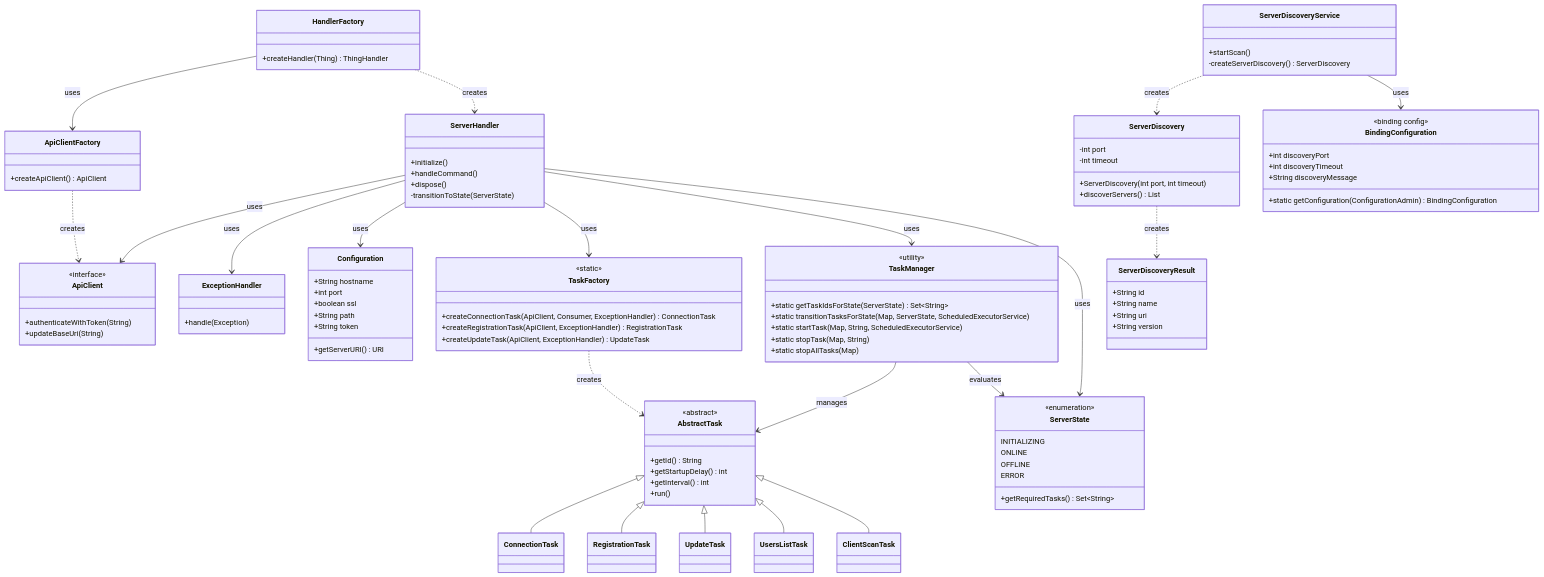
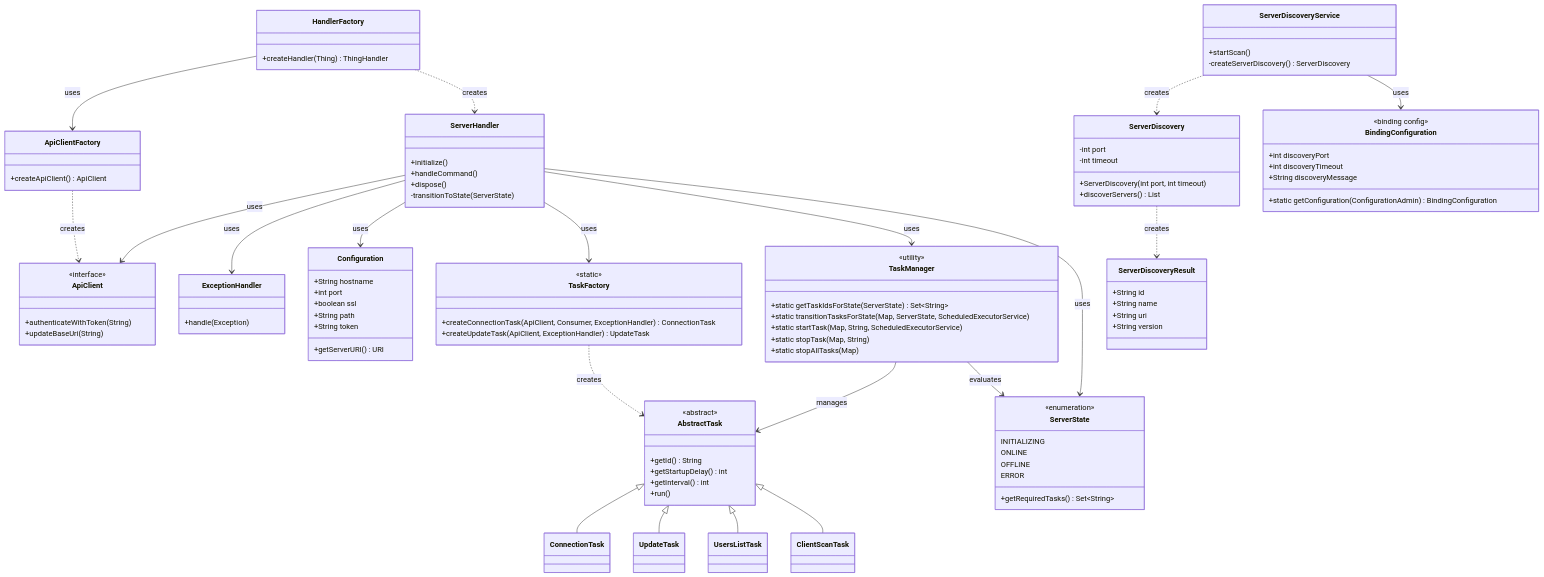
One commit to openhab/openhab-addons changed the diagram in bundles/org.openhab.binding.jellyfin/CONTRIBUTION.md. Above: the diagram before and after it, drawn with Mermaid. The commit also changed 3 other files, not shown here.

First line of the commit message:
🗑️ refactor: remove unused RegistrationTask class and references

```diff
--- a/bundles/org.openhab.binding.jellyfin/CONTRIBUTION.md
+++ b/bundles/org.openhab.binding.jellyfin/CONTRIBUTION.md
@@ -10,7 +10,6 @@
 classDiagram
     %% Class inheritance relationships
     AbstractTask <|-- ConnectionTask
-    AbstractTask <|-- RegistrationTask
     AbstractTask <|-- UpdateTask
     AbstractTask <|-- UsersListTask
     AbstractTask <|-- ClientScanTask
@@ -95,7 +94,6 @@
     class TaskFactory {
         <<static>>
         +createConnectionTask(ApiClient, Consumer, ExceptionHandler) ConnectionTask
-        +createRegistrationTask(ApiClient, ExceptionHandler) RegistrationTask
         +createUpdateTask(ApiClient, ExceptionHandler) UpdateTask
     }
     
```
